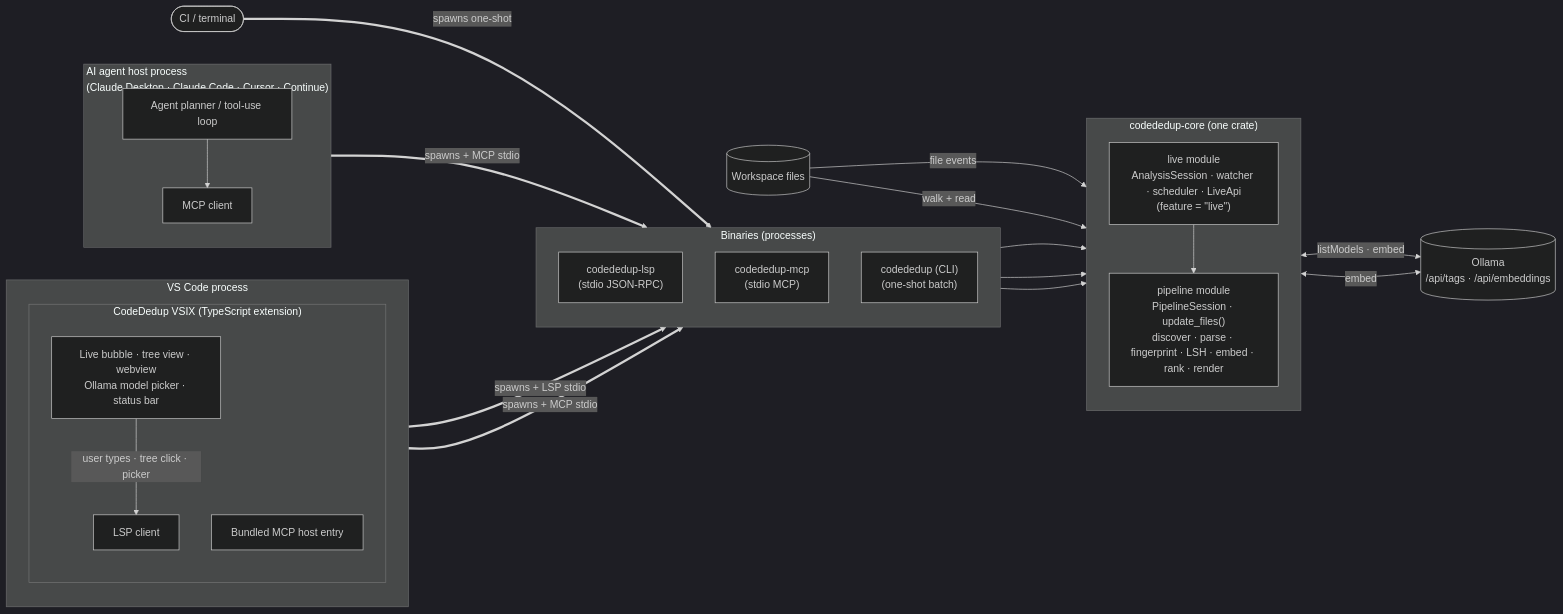
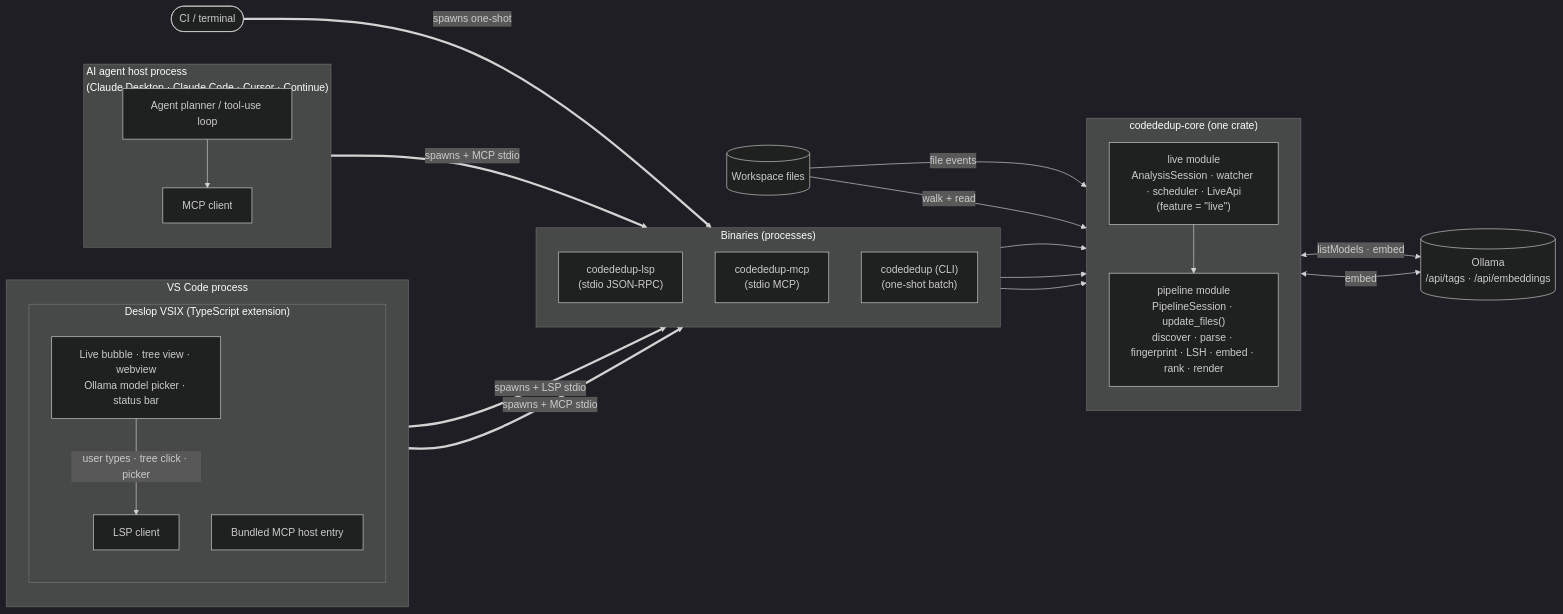
Before and after one commit to Nimblesite/Deslop: the diagram in docs/specs/live.md, drawn with Mermaid (dark theme). The commit also changed other lines of this file and 68 other files, not shown here.

````diff
--- a/docs/specs/live.md
+++ b/docs/specs/live.md
@@ -20,55 +20,55 @@
 ```mermaid
 flowchart LR
     CI(["CI / terminal"])
 
     subgraph VSCode["VS Code process"]
         direction TB
-        subgraph VSIX["CodeDedup VSIX (TypeScript extension)"]
+        subgraph VSIX["Deslop VSIX (TypeScript extension)"]
             direction TB
             UI["Live bubble · tree view · webview<br/>Ollama model picker · status bar"]
             LspClient["LSP client"]
             McpHost["Bundled MCP host entry"]
         end
     end
 
     subgraph AgentHost["AI agent host process<br/>(Claude Desktop · Claude Code · Cursor · Continue)"]
         direction TB
         AgentLoop["Agent planner / tool-use loop"]
         McpClient["MCP client"]
         AgentLoop --> McpClient
     end
 
     subgraph Binaries["Binaries (processes)"]
         direction TB
         LspBin["codededup-lsp<br/>(stdio JSON-RPC)"]
         McpBin["codededup-mcp<br/>(stdio MCP)"]
         CliBin["codededup (CLI)<br/>(one-shot batch)"]
     end
 
     subgraph CoreCrate["codededup-core (one crate)"]
         direction TB
         Live["live module<br/>AnalysisSession · watcher · scheduler · LiveApi<br/>(feature = &quot;live&quot;)"]
         Pipeline["pipeline module<br/>PipelineSession · update_files()<br/>discover · parse · fingerprint · LSH · embed · rank · render"]
         Live --> Pipeline
     end
 
     Workspace[(Workspace files)]
     Ollama[(Ollama<br/>/api/tags · /api/embeddings)]
 
     UI -- "user types · tree click · picker" --> LspClient
     LspClient == "spawns + LSP stdio" ==> LspBin
     McpHost == "spawns + MCP stdio" ==> McpBin
 
     McpClient == "spawns + MCP stdio" ==> McpBin
     CI == "spawns one-shot" ==> CliBin
 
     LspBin --> Live
     McpBin --> Live
     CliBin --> Pipeline
 
     Workspace -- "file events" --> Live
     Workspace -- "walk + read" --> Pipeline
 
     Live <-- "listModels · embed" --> Ollama
     Pipeline <-- "embed" --> Ollama
 ```
````
